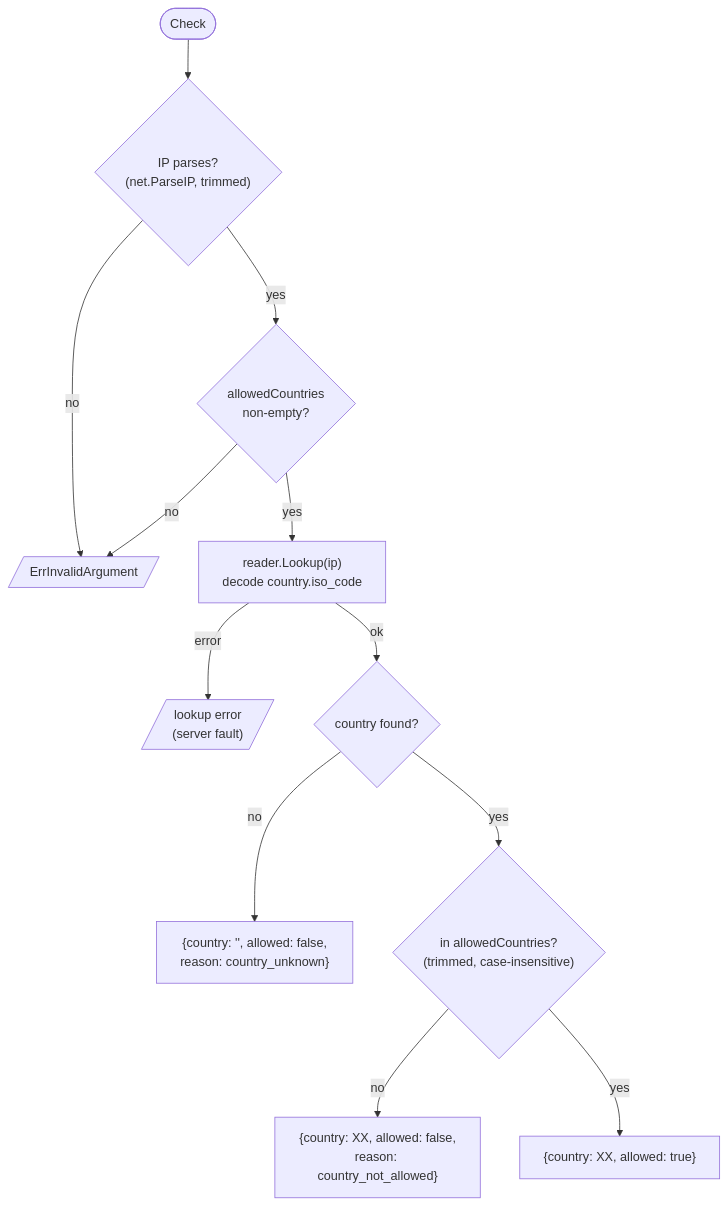
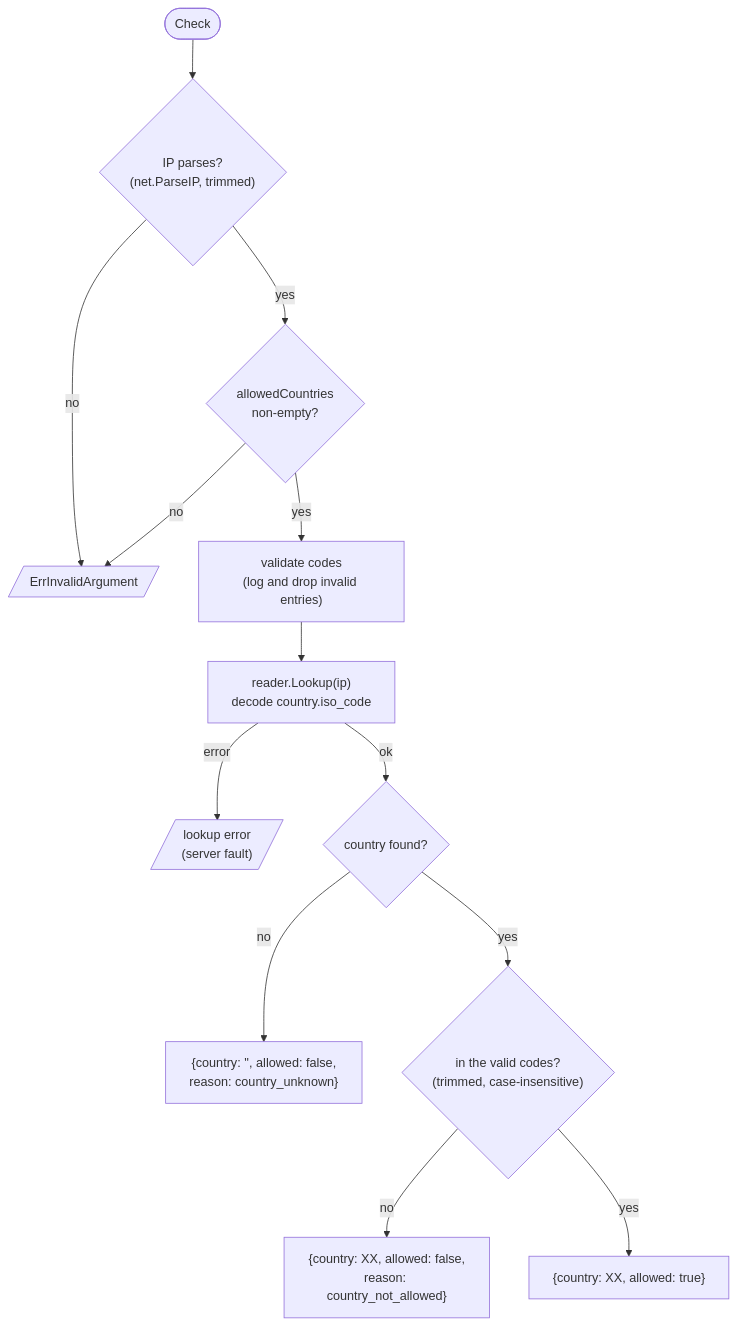
Before and after one commit to mjmceleney/avoxi_coding_challenge: the second of 4 diagrams in docs/low-level-design.md, drawn with Mermaid. The commit also changed other lines of this file and 16 other files, not shown here.

````diff
--- a/docs/low-level-design.md
+++ b/docs/low-level-design.md
@@ -91,14 +93,15 @@
 ```mermaid
 flowchart TD
     A([Check]) --> B{"IP parses?<br/>(net.ParseIP, trimmed)"}
     B -- no --> E1[/"ErrInvalidArgument"/]
     B -- yes --> C{"allowedCountries<br/>non-empty?"}
     C -- no --> E1
-    C -- yes --> D["reader.Lookup(ip)<br/>decode country.iso_code"]
+    C -- yes --> V["validate codes<br/>(log and drop invalid entries)"]
+    V --> D["reader.Lookup(ip)<br/>decode country.iso_code"]
     D -- error --> E2[/"lookup error<br/>(server fault)"/]
     D -- ok --> F{"country found?"}
     F -- no --> R1["{country: '', allowed: false,<br/>reason: country_unknown}"]
-    F -- yes --> G{"in allowedCountries?<br/>(trimmed, case-insensitive)"}
+    F -- yes --> G{"in the valid codes?<br/>(trimmed, case-insensitive)"}
     G -- no --> R2["{country: XX, allowed: false,<br/>reason: country_not_allowed}"]
     G -- yes --> R3["{country: XX, allowed: true}"]
 ```
````
